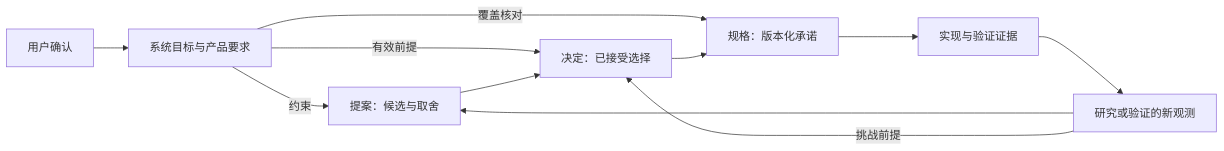
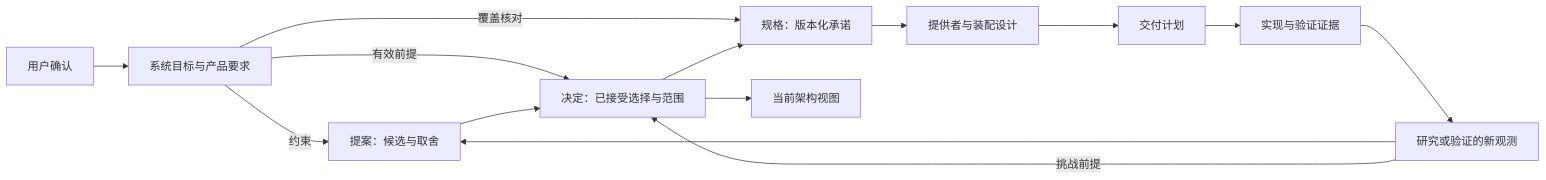
The diagram in docs/maintenance/knowledge-flow.md (nemori-ai/omne-harness-lite), drawn with Mermaid before and after one commit. The commit also changed other lines of this file and 72 other files, not shown here.

````diff
--- a/docs/maintenance/knowledge-flow.md
+++ b/docs/maintenance/knowledge-flow.md
@@ -9,13 +9,16 @@
 ```mermaid
 flowchart LR
   U[用户确认] --> Q[系统目标与产品要求]
   Q -->|约束| P
   Q -->|有效前提| D
   Q -->|覆盖核对| S
   R[研究或验证的新观测] --> P[提案：候选与取舍]
-  P --> D[决定：已接受选择]
+  P --> D[决定：已接受选择与范围]
+  D --> A[当前架构视图]
   D --> S[规格：版本化承诺]
-  S --> E[实现与验证证据]
+  S --> I[提供者与装配设计]
+  I --> L[交付计划]
+  L --> E[实现与验证证据]
   E --> R
   R -->|挑战前提| D
 ```
````
